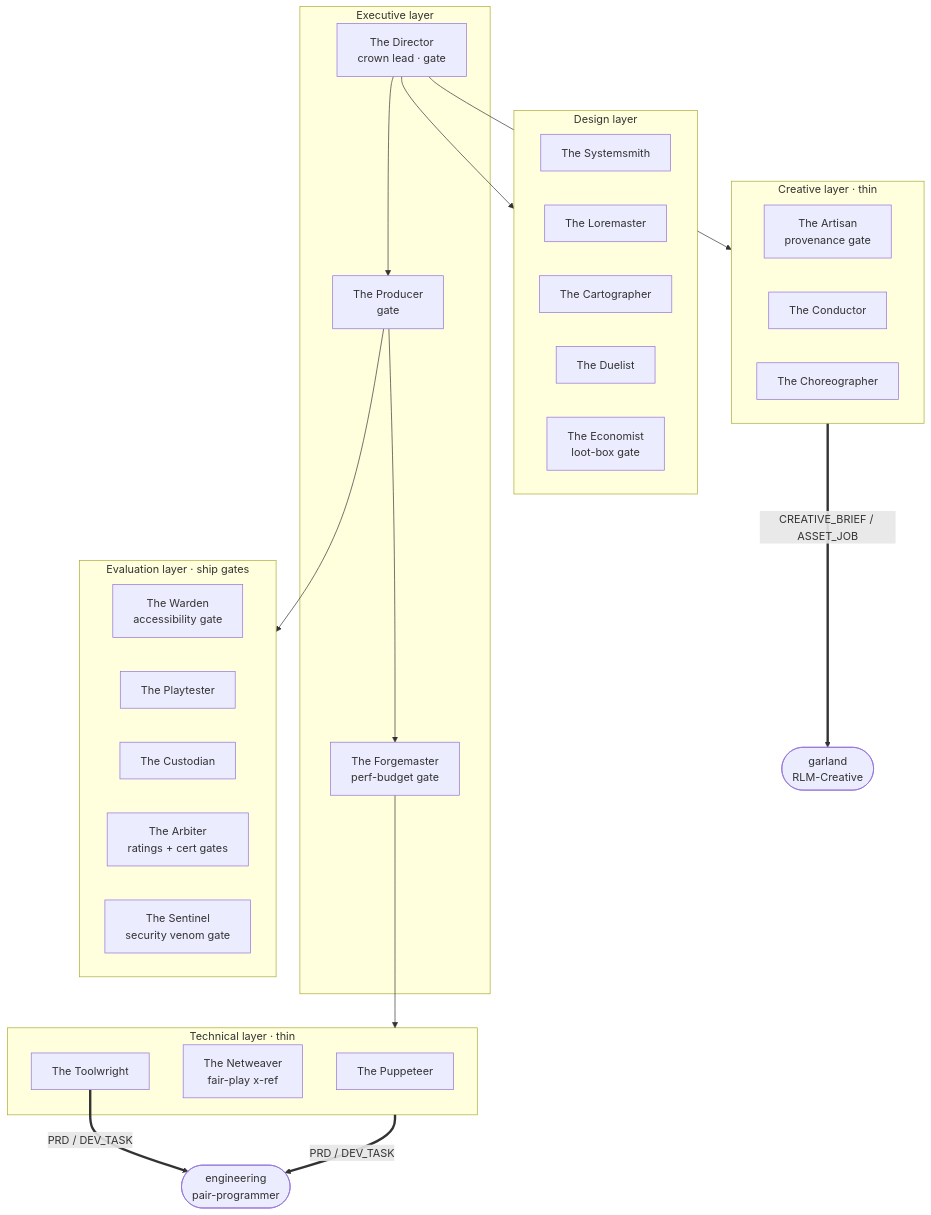
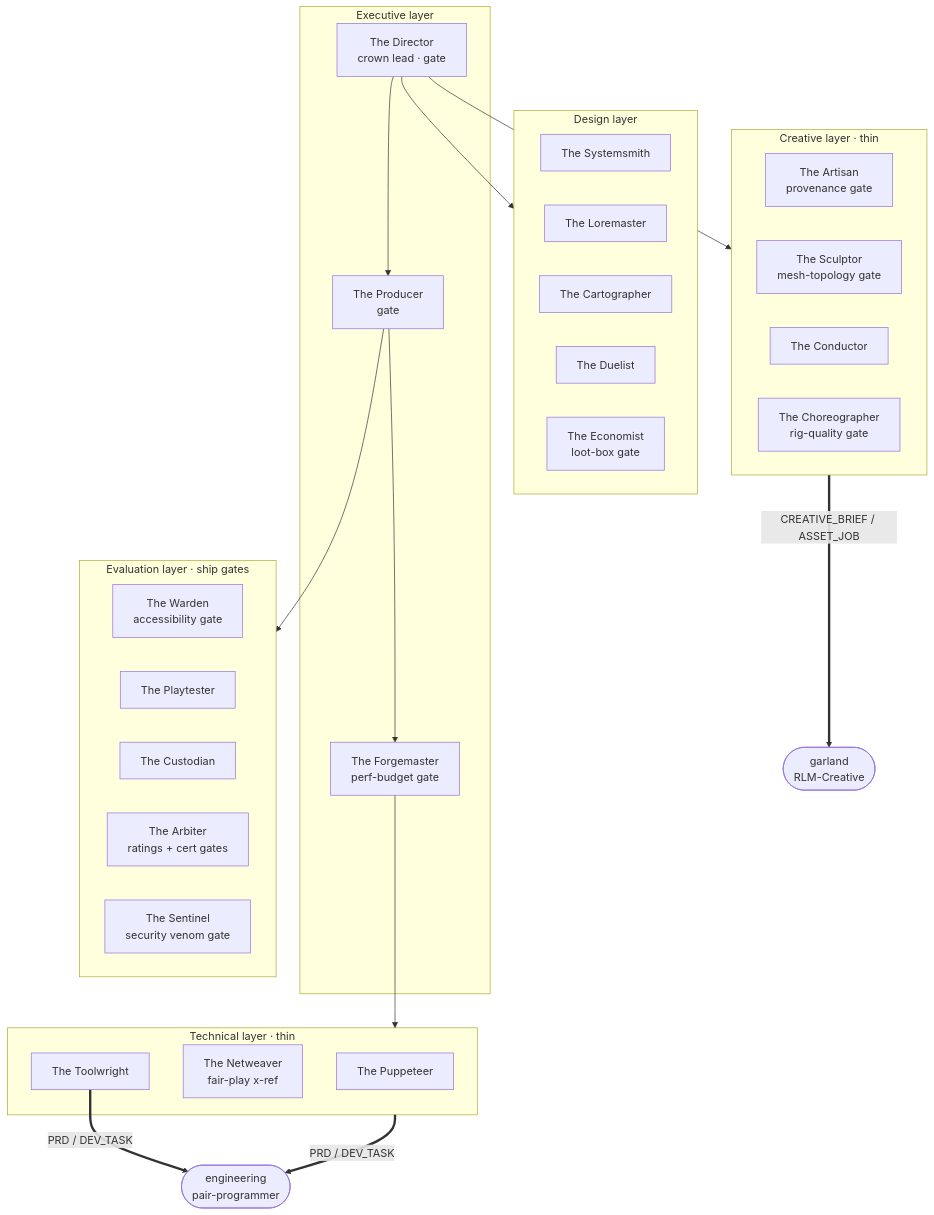
One commit to lebobo88/rlm-gaming changed the third of 4 diagrams in README.md. Above: the diagram before and after it, drawn with Mermaid. The commit also changed other lines of this file and 15 other files, not shown here.

````diff
--- a/README.md
+++ b/README.md
@@ -352,42 +359,43 @@
 ```mermaid
 graph TD
     subgraph EXEC[Executive layer]
         Dir[The Director<br/>crown lead · gate]
         Prod[The Producer<br/>gate]
         Forge[The Forgemaster<br/>perf-budget gate]
     end
     subgraph DESIGN[Design layer]
         Sys[The Systemsmith]
         Lore[The Loremaster]
         Cart[The Cartographer]
         Duel[The Duelist]
         Econ[The Economist<br/>loot-box gate]
     end
     subgraph TECH[Technical layer · thin]
         Pup[The Puppeteer]
         Net[The Netweaver<br/>fair-play x-ref]
         Tool[The Toolwright]
     end
     subgraph CREA[Creative layer · thin]
         Art[The Artisan<br/>provenance gate]
+        Scul[The Sculptor<br/>mesh-topology gate]
         Cond[The Conductor]
-        Chor[The Choreographer]
+        Chor[The Choreographer<br/>rig-quality gate]
     end
     subgraph EVAL[Evaluation layer · ship gates]
         Ward[The Warden<br/>accessibility gate]
         Play[The Playtester]
         Cust[The Custodian]
         Arb[The Arbiter<br/>ratings + cert gates]
         Sent[The Sentinel<br/>security venom gate]
     end
 
     Dir --> Prod --> Forge
     Dir --> DESIGN
     Forge --> TECH
     Dir --> CREA
     Prod --> EVAL
 
     TECH ==>|PRD / DEV_TASK| ENG([engineering<br/>pair-programmer])
     Tool ==>|PRD / DEV_TASK| ENG
     CREA ==>|CREATIVE_BRIEF / ASSET_JOB| GAR([garland<br/>RLM-Creative])
 ```
````
